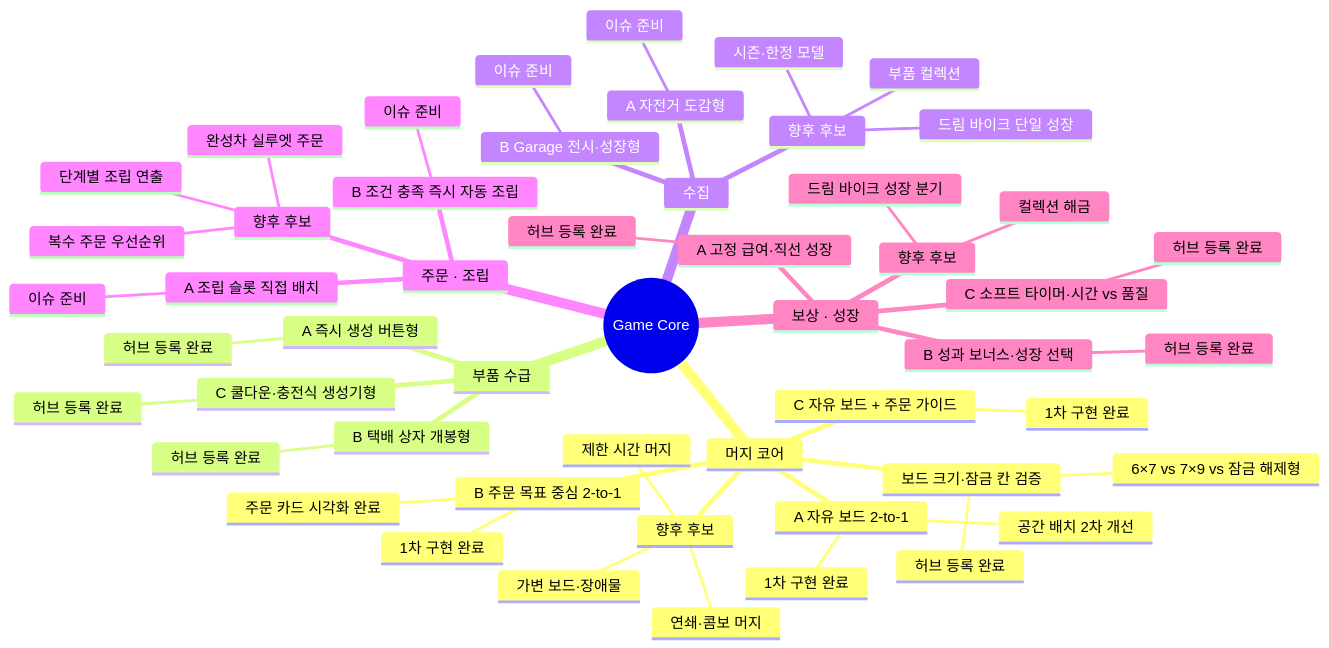
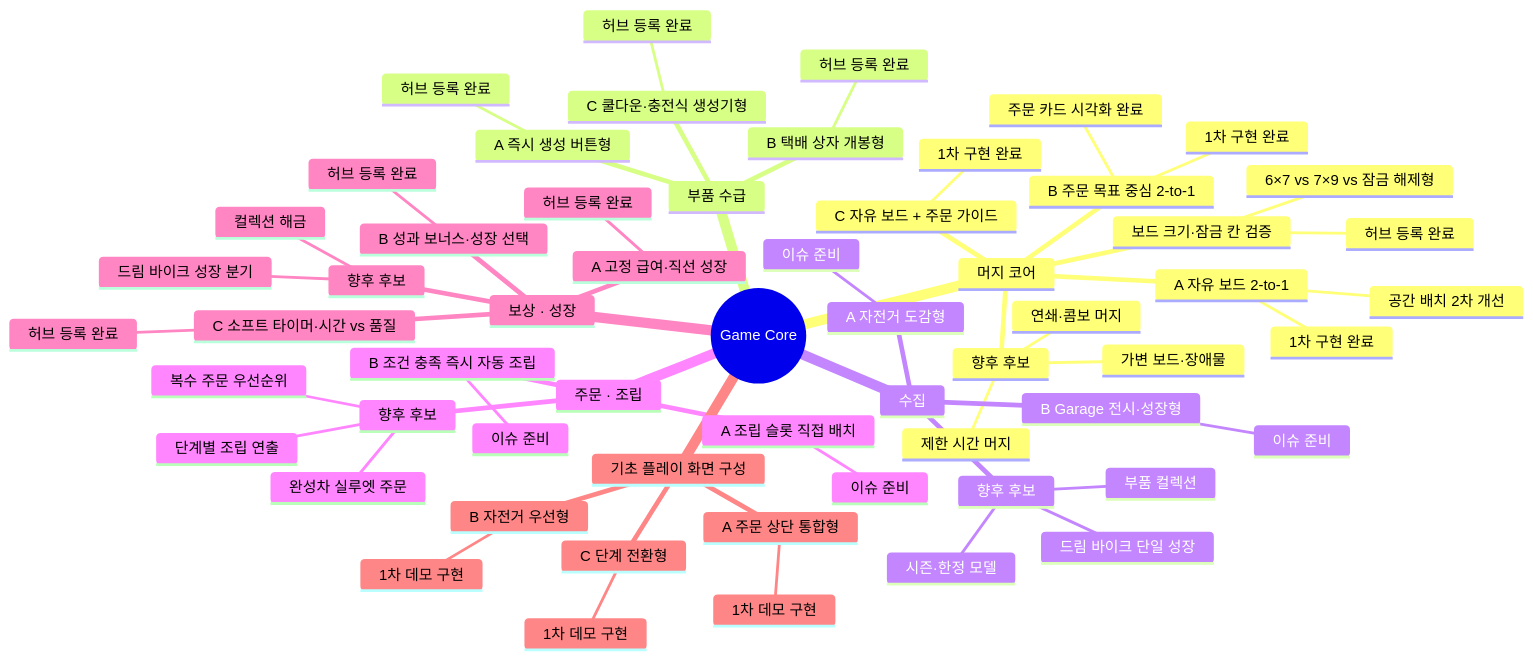
The second of 4 diagrams in docs/LAB_PROTOTYPE_MAP.md (aigemro/dream-bike-garage-lab), drawn with Mermaid before and after one commit. The commit also changed other lines of this file and 7 other files, not shown here.

````diff
--- a/docs/LAB_PROTOTYPE_MAP.md
+++ b/docs/LAB_PROTOTYPE_MAP.md
@@ -39,55 +40,62 @@
 ```mermaid
 mindmap
   root((Game Core))
     머지 코어
       A 자유 보드 2-to-1
         1차 구현 완료
         공간 배치 2차 개선
       B 주문 목표 중심 2-to-1
         1차 구현 완료
         주문 카드 시각화 완료
       C 자유 보드 + 주문 가이드
         1차 구현 완료
       보드 크기·잠금 칸 검증
         6×7 vs 7×9 vs 잠금 해제형
         허브 등록 완료
       향후 후보
         연쇄·콤보 머지
         제한 시간 머지
         가변 보드·장애물
     부품 수급
       A 즉시 생성 버튼형
         허브 등록 완료
       B 택배 상자 개봉형
         허브 등록 완료
       C 쿨다운·충전식 생성기형
         허브 등록 완료
     수집
       A 자전거 도감형
         이슈 준비
       B Garage 전시·성장형
         이슈 준비
       향후 후보
         드림 바이크 단일 성장
         부품 컬렉션
         시즌·한정 모델
     주문 · 조립
       A 조립 슬롯 직접 배치
         이슈 준비
       B 조건 충족 즉시 자동 조립
         이슈 준비
       향후 후보
         단계별 조립 연출
         완성차 실루엣 주문
         복수 주문 우선순위
     보상 · 성장
       A 고정 급여·직선 성장
         허브 등록 완료
       B 성과 보너스·성장 선택
         허브 등록 완료
       C 소프트 타이머·시간 vs 품질
         허브 등록 완료
       향후 후보
         컬렉션 해금
         드림 바이크 성장 분기
+    기초 플레이 화면 구성
+      A 주문 상단 통합형
+        1차 데모 구현
+      B 자전거 우선형
+        1차 데모 구현
+      C 단계 전환형
+        1차 데모 구현
 ```
````
